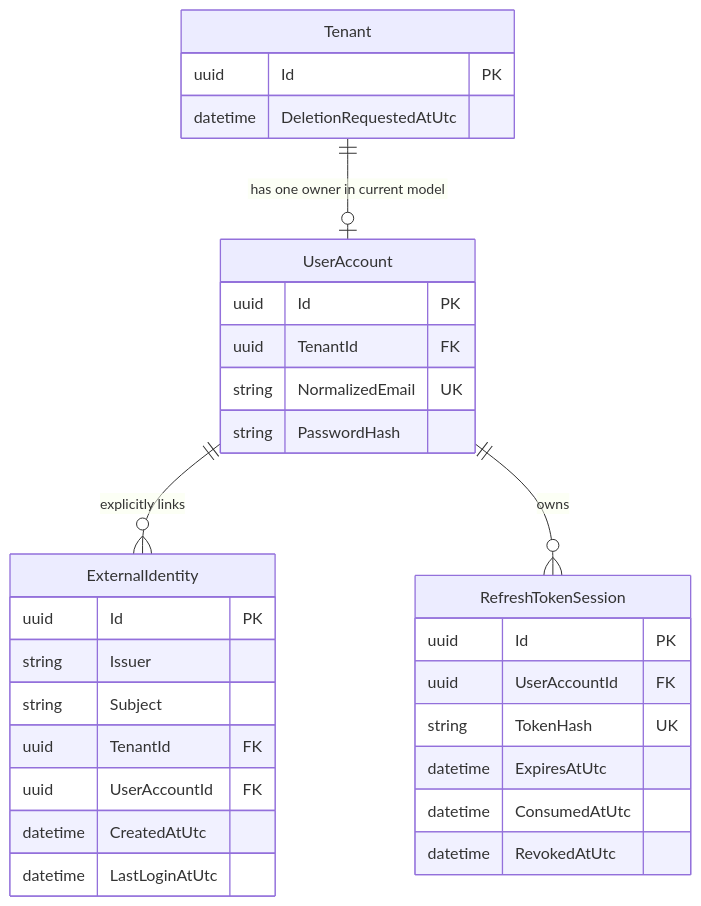
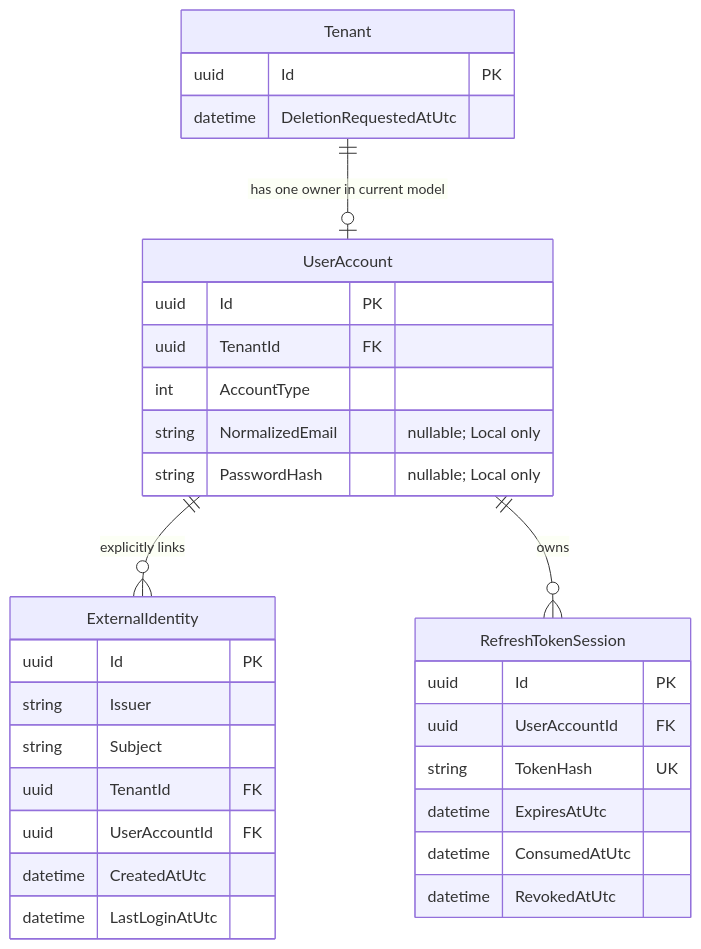
Before and after one commit to happticde/gamehub: the fourth of 5 diagrams in docs/oidc-authentication-architecture.md, drawn with Mermaid. The commit also changed other lines of this file and 53 other files, not shown here.

````diff
--- a/docs/oidc-authentication-architecture.md
+++ b/docs/oidc-authentication-architecture.md
@@ -325,34 +356,35 @@
 ```mermaid
 erDiagram
     Tenant ||--o| UserAccount : "has one owner in current model"
     UserAccount ||--o{ ExternalIdentity : "explicitly links"
     UserAccount ||--o{ RefreshTokenSession : "owns"
 
     Tenant {
         uuid Id PK
         datetime DeletionRequestedAtUtc
     }
     UserAccount {
         uuid Id PK
         uuid TenantId FK
-        string NormalizedEmail UK
-        string PasswordHash
+        int AccountType
+        string NormalizedEmail "nullable; Local only"
+        string PasswordHash "nullable; Local only"
     }
     ExternalIdentity {
         uuid Id PK
         string Issuer
         string Subject
         uuid TenantId FK
         uuid UserAccountId FK
         datetime CreatedAtUtc
         datetime LastLoginAtUtc
     }
     RefreshTokenSession {
         uuid Id PK
         uuid UserAccountId FK
         string TokenHash UK
         datetime ExpiresAtUtc
         datetime ConsumedAtUtc
         datetime RevokedAtUtc
     }
 ```
````
